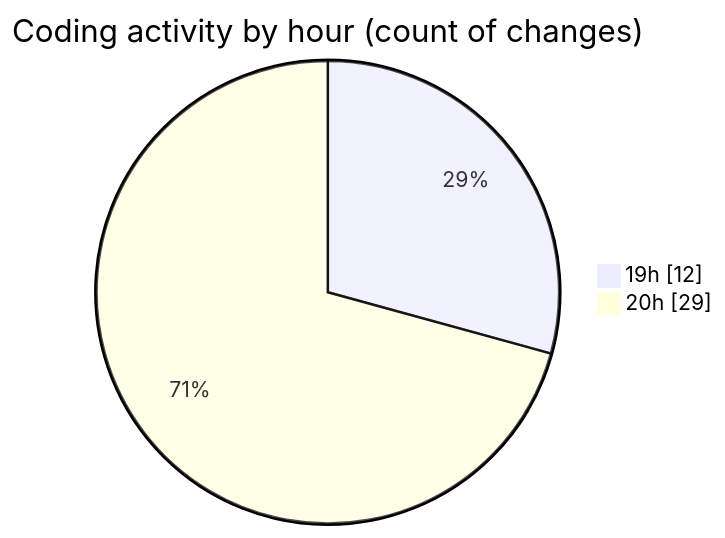
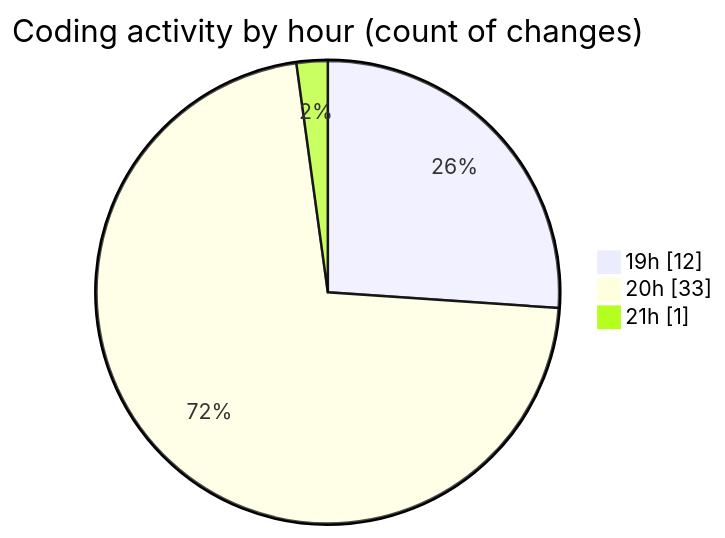
The second of 2 diagrams in 2025-05-09/un_laala/README.md (Elitesun/code-tracking), drawn with Mermaid before and after one commit. The commit also changed other lines of this file and 1 other file, not shown here.

````diff
--- a/2025-05-09/un_laala/README.md
+++ b/2025-05-09/un_laala/README.md
@@ -36,6 +36,7 @@
 ```mermaid
 pie showData
 title Coding activity by hour (count of changes)
 "19h" : 12
-"20h" : 29
+"20h" : 33
+"21h" : 1
 ```
````
